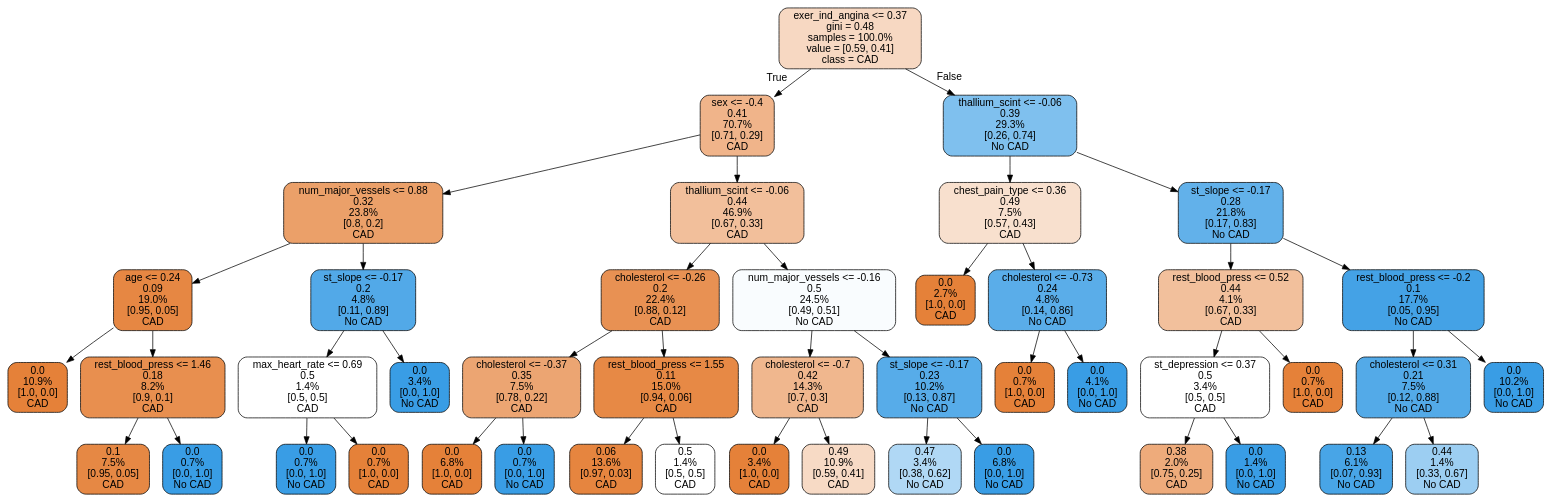
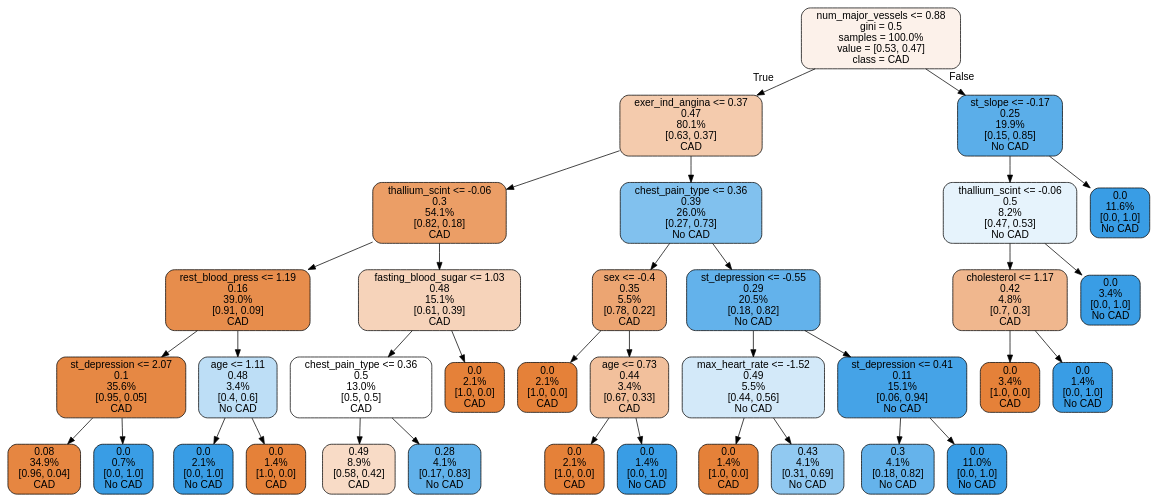
The diagram in cor_art_dis/notebooks/tree.dot (LourensWalters/cor_art_dis), drawn with Graphviz before and after one commit. The commit also changed 5 other files, not shown here.

```diff
--- a/cor_art_dis/notebooks/tree.dot
+++ b/cor_art_dis/notebooks/tree.dot
@@ -1,93 +1,73 @@
 digraph Tree {
 node [shape=box, style="filled, rounded", color="black", fontname=helvetica] ;
 edge [fontname=helvetica] ;
-0 [label="exer_ind_angina <= 0.37\ngini = 0.48\nsamples = 100.0%\nvalue = [0.59, 0.41]\nclass = CAD", fillcolor="#f7d8c2"] ;
-1 [label="sex <= -0.4\n0.41\n70.7%\n[0.71, 0.29]\nCAD", fillcolor="#f0b48a"] ;
+0 [label="num_major_vessels <= 0.88\ngini = 0.5\nsamples = 100.0%\nvalue = [0.53, 0.47]\nclass = CAD", fillcolor="#fcf1ea"] ;
+1 [label="exer_ind_angina <= 0.37\n0.47\n80.1%\n[0.63, 0.37]\nCAD", fillcolor="#f4cbad"] ;
 0 -> 1 [labeldistance=2.5, labelangle=45, headlabel="True"] ;
-2 [label="num_major_vessels <= 0.88\n0.32\n23.8%\n[0.8, 0.2]\nCAD", fillcolor="#eba069"] ;
+2 [label="thallium_scint <= -0.06\n0.3\n54.1%\n[0.82, 0.18]\nCAD", fillcolor="#eb9e66"] ;
 1 -> 2 ;
-3 [label="age <= 0.24\n0.09\n19.0%\n[0.95, 0.05]\nCAD", fillcolor="#e68743"] ;
+3 [label="rest_blood_press <= 1.19\n0.16\n39.0%\n[0.91, 0.09]\nCAD", fillcolor="#e78d4c"] ;
 2 -> 3 ;
-4 [label="0.0\n10.9%\n[1.0, 0.0]\nCAD", fillcolor="#e58139"] ;
+4 [label="st_depression <= 2.07\n0.1\n35.6%\n[0.95, 0.05]\nCAD", fillcolor="#e68844"] ;
 3 -> 4 ;
-5 [label="rest_blood_press <= 1.46\n0.18\n8.2%\n[0.9, 0.1]\nCAD", fillcolor="#e88f4f"] ;
-3 -> 5 ;
-6 [label="0.1\n7.5%\n[0.95, 0.05]\nCAD", fillcolor="#e68844"] ;
-5 -> 6 ;
-7 [label="0.0\n0.7%\n[0.0, 1.0]\nNo CAD", fillcolor="#399de5"] ;
-5 -> 7 ;
-8 [label="st_slope <= -0.17\n0.2\n4.8%\n[0.11, 0.89]\nNo CAD", fillcolor="#52a9e8"] ;
-2 -> 8 ;
-9 [label="max_heart_rate <= 0.69\n0.5\n1.4%\n[0.5, 0.5]\nCAD", fillcolor="#ffffff"] ;
-8 -> 9 ;
-10 [label="0.0\n0.7%\n[0.0, 1.0]\nNo CAD", fillcolor="#399de5"] ;
-9 -> 10 ;
-11 [label="0.0\n0.7%\n[1.0, 0.0]\nCAD", fillcolor="#e58139"] ;
-9 -> 11 ;
-12 [label="0.0\n3.4%\n[0.0, 1.0]\nNo CAD", fillcolor="#399de5"] ;
-8 -> 12 ;
-13 [label="thallium_scint <= -0.06\n0.44\n46.9%\n[0.67, 0.33]\nCAD", fillcolor="#f2bf9b"] ;
-1 -> 13 ;
-14 [label="cholesterol <= -0.26\n0.2\n22.4%\n[0.88, 0.12]\nCAD", fillcolor="#e89153"] ;
-13 -> 14 ;
-15 [label="cholesterol <= -0.37\n0.35\n7.5%\n[0.78, 0.22]\nCAD", fillcolor="#eca572"] ;
-14 -> 15 ;
-16 [label="0.0\n6.8%\n[1.0, 0.0]\nCAD", fillcolor="#e58139"] ;
+5 [label="0.08\n34.9%\n[0.96, 0.04]\nCAD", fillcolor="#e68641"] ;
+4 -> 5 ;
+6 [label="0.0\n0.7%\n[0.0, 1.0]\nNo CAD", fillcolor="#399de5"] ;
+4 -> 6 ;
+7 [label="age <= 1.11\n0.48\n3.4%\n[0.4, 0.6]\nNo CAD", fillcolor="#bddef6"] ;
+3 -> 7 ;
+8 [label="0.0\n2.1%\n[0.0, 1.0]\nNo CAD", fillcolor="#399de5"] ;
+7 -> 8 ;
+9 [label="0.0\n1.4%\n[1.0, 0.0]\nCAD", fillcolor="#e58139"] ;
+7 -> 9 ;
+10 [label="fasting_blood_sugar <= 1.03\n0.48\n15.1%\n[0.61, 0.39]\nCAD", fillcolor="#f6d3ba"] ;
+2 -> 10 ;
+11 [label="chest_pain_type <= 0.36\n0.5\n13.0%\n[0.5, 0.5]\nCAD", fillcolor="#ffffff"] ;
+10 -> 11 ;
+12 [label="0.49\n8.9%\n[0.58, 0.42]\nCAD", fillcolor="#f8dbc6"] ;
+11 -> 12 ;
+13 [label="0.28\n4.1%\n[0.17, 0.83]\nNo CAD", fillcolor="#61b1ea"] ;
+11 -> 13 ;
+14 [label="0.0\n2.1%\n[1.0, 0.0]\nCAD", fillcolor="#e58139"] ;
+10 -> 14 ;
+15 [label="chest_pain_type <= 0.36\n0.39\n26.0%\n[0.27, 0.73]\nNo CAD", fillcolor="#81c1ee"] ;
+1 -> 15 ;
+16 [label="sex <= -0.4\n0.35\n5.5%\n[0.78, 0.22]\nCAD", fillcolor="#eca572"] ;
 15 -> 16 ;
-17 [label="0.0\n0.7%\n[0.0, 1.0]\nNo CAD", fillcolor="#399de5"] ;
-15 -> 17 ;
-18 [label="rest_blood_press <= 1.55\n0.11\n15.0%\n[0.94, 0.06]\nCAD", fillcolor="#e78945"] ;
-14 -> 18 ;
-19 [label="0.06\n13.6%\n[0.97, 0.03]\nCAD", fillcolor="#e6853f"] ;
+17 [label="0.0\n2.1%\n[1.0, 0.0]\nCAD", fillcolor="#e58139"] ;
+16 -> 17 ;
+18 [label="age <= 0.73\n0.44\n3.4%\n[0.67, 0.33]\nCAD", fillcolor="#f2c09c"] ;
+16 -> 18 ;
+19 [label="0.0\n2.1%\n[1.0, 0.0]\nCAD", fillcolor="#e58139"] ;
 18 -> 19 ;
-20 [label="0.5\n1.4%\n[0.5, 0.5]\nCAD", fillcolor="#ffffff"] ;
+20 [label="0.0\n1.4%\n[0.0, 1.0]\nNo CAD", fillcolor="#399de5"] ;
 18 -> 20 ;
-21 [label="num_major_vessels <= -0.16\n0.5\n24.5%\n[0.49, 0.51]\nNo CAD", fillcolor="#f9fcfe"] ;
-13 -> 21 ;
-22 [label="cholesterol <= -0.7\n0.42\n14.3%\n[0.7, 0.3]\nCAD", fillcolor="#f0b78e"] ;
+21 [label="st_depression <= -0.55\n0.29\n20.5%\n[0.18, 0.82]\nNo CAD", fillcolor="#63b2eb"] ;
+15 -> 21 ;
+22 [label="max_heart_rate <= -1.52\n0.49\n5.5%\n[0.44, 0.56]\nNo CAD", fillcolor="#d3e9f9"] ;
 21 -> 22 ;
-23 [label="0.0\n3.4%\n[1.0, 0.0]\nCAD", fillcolor="#e58139"] ;
+23 [label="0.0\n1.4%\n[1.0, 0.0]\nCAD", fillcolor="#e58139"] ;
 22 -> 23 ;
-24 [label="0.49\n10.9%\n[0.59, 0.41]\nCAD", fillcolor="#f7dac5"] ;
+24 [label="0.43\n4.1%\n[0.31, 0.69]\nNo CAD", fillcolor="#91c9f1"] ;
 22 -> 24 ;
-25 [label="st_slope <= -0.17\n0.23\n10.2%\n[0.13, 0.87]\nNo CAD", fillcolor="#57ace9"] ;
+25 [label="st_depression <= 0.41\n0.11\n15.1%\n[0.06, 0.94]\nNo CAD", fillcolor="#45a3e7"] ;
 21 -> 25 ;
-26 [label="0.47\n3.4%\n[0.38, 0.62]\nNo CAD", fillcolor="#b0d8f5"] ;
+26 [label="0.3\n4.1%\n[0.18, 0.82]\nNo CAD", fillcolor="#65b3eb"] ;
 25 -> 26 ;
-27 [label="0.0\n6.8%\n[0.0, 1.0]\nNo CAD", fillcolor="#399de5"] ;
+27 [label="0.0\n11.0%\n[0.0, 1.0]\nNo CAD", fillcolor="#399de5"] ;
 25 -> 27 ;
-28 [label="thallium_scint <= -0.06\n0.39\n29.3%\n[0.26, 0.74]\nNo CAD", fillcolor="#7fc0ee"] ;
+28 [label="st_slope <= -0.17\n0.25\n19.9%\n[0.15, 0.85]\nNo CAD", fillcolor="#5baee9"] ;
 0 -> 28 [labeldistance=2.5, labelangle=-45, headlabel="False"] ;
-29 [label="chest_pain_type <= 0.36\n0.49\n7.5%\n[0.57, 0.43]\nCAD", fillcolor="#f8e0ce"] ;
+29 [label="thallium_scint <= -0.06\n0.5\n8.2%\n[0.47, 0.53]\nNo CAD", fillcolor="#e6f3fc"] ;
 28 -> 29 ;
-30 [label="0.0\n2.7%\n[1.0, 0.0]\nCAD", fillcolor="#e58139"] ;
+30 [label="cholesterol <= 1.17\n0.42\n4.8%\n[0.7, 0.3]\nCAD", fillcolor="#f0b78e"] ;
 29 -> 30 ;
-31 [label="cholesterol <= -0.73\n0.24\n4.8%\n[0.14, 0.86]\nNo CAD", fillcolor="#5aade9"] ;
-29 -> 31 ;
-32 [label="0.0\n0.7%\n[1.0, 0.0]\nCAD", fillcolor="#e58139"] ;
-31 -> 32 ;
-33 [label="0.0\n4.1%\n[0.0, 1.0]\nNo CAD", fillcolor="#399de5"] ;
-31 -> 33 ;
-34 [label="st_slope <= -0.17\n0.28\n21.8%\n[0.17, 0.83]\nNo CAD", fillcolor="#62b1ea"] ;
+31 [label="0.0\n3.4%\n[1.0, 0.0]\nCAD", fillcolor="#e58139"] ;
+30 -> 31 ;
+32 [label="0.0\n1.4%\n[0.0, 1.0]\nNo CAD", fillcolor="#399de5"] ;
+30 -> 32 ;
+33 [label="0.0\n3.4%\n[0.0, 1.0]\nNo CAD", fillcolor="#399de5"] ;
+29 -> 33 ;
+34 [label="0.0\n11.6%\n[0.0, 1.0]\nNo CAD", fillcolor="#399de5"] ;
 28 -> 34 ;
-35 [label="rest_blood_press <= 0.52\n0.44\n4.1%\n[0.67, 0.33]\nCAD", fillcolor="#f2c09c"] ;
-34 -> 35 ;
-36 [label="st_depression <= 0.37\n0.5\n3.4%\n[0.5, 0.5]\nCAD", fillcolor="#ffffff"] ;
-35 -> 36 ;
-37 [label="0.38\n2.0%\n[0.75, 0.25]\nCAD", fillcolor="#eeab7b"] ;
-36 -> 37 ;
-38 [label="0.0\n1.4%\n[0.0, 1.0]\nNo CAD", fillcolor="#399de5"] ;
-36 -> 38 ;
-39 [label="0.0\n0.7%\n[1.0, 0.0]\nCAD", fillcolor="#e58139"] ;
-35 -> 39 ;
-40 [label="rest_blood_press <= -0.2\n0.1\n17.7%\n[0.05, 0.95]\nNo CAD", fillcolor="#44a2e6"] ;
-34 -> 40 ;
-41 [label="cholesterol <= 0.31\n0.21\n7.5%\n[0.12, 0.88]\nNo CAD", fillcolor="#53aae8"] ;
-40 -> 41 ;
-42 [label="0.13\n6.1%\n[0.07, 0.93]\nNo CAD", fillcolor="#48a5e7"] ;
-41 -> 42 ;
-43 [label="0.44\n1.4%\n[0.33, 0.67]\nNo CAD", fillcolor="#9ccef2"] ;
-41 -> 43 ;
-44 [label="0.0\n10.2%\n[0.0, 1.0]\nNo CAD", fillcolor="#399de5"] ;
-40 -> 44 ;
 }
```
